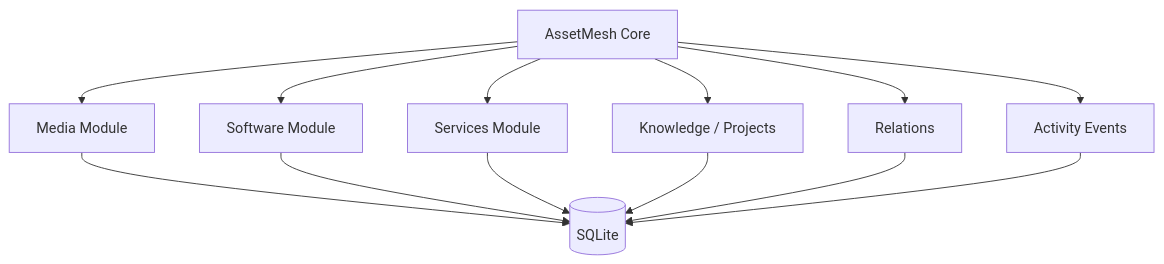
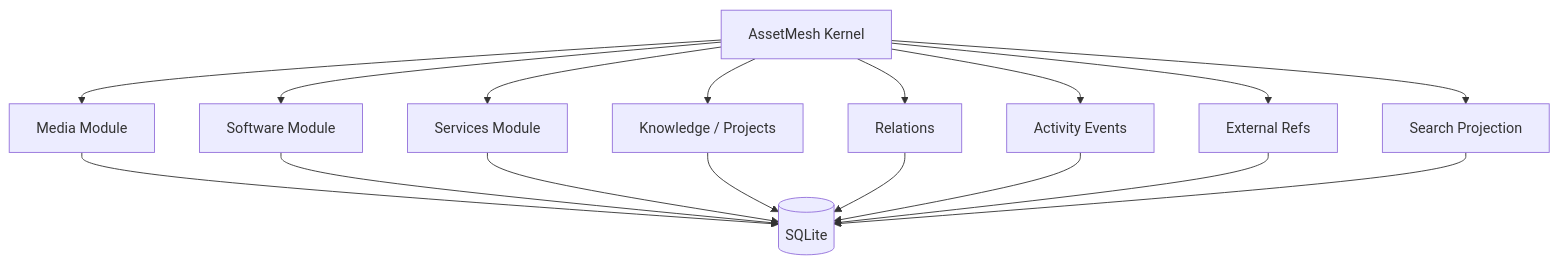
Before and after one commit to dyxnb22/AssetMesh: the diagram in README.md, drawn with Mermaid. The commit also changed other lines of this file, not shown here.

````diff
--- a/README.md
+++ b/README.md
@@ -23,15 +25,19 @@
 ```mermaid
 graph TD
-  A[AssetMesh Core] --> M[Media Module]
+  A[AssetMesh Kernel] --> M[Media Module]
   A --> S[Software Module]
   A --> V[Services Module]
   A --> K[Knowledge / Projects]
   A --> R[Relations]
   A --> E[Activity Events]
+  A --> X[External Refs]
+  A --> Q[Search Projection]
   M --> DB[(SQLite)]
   S --> DB
   V --> DB
   K --> DB
   R --> DB
   E --> DB
+  X --> DB
+  Q --> DB
 ```
````
